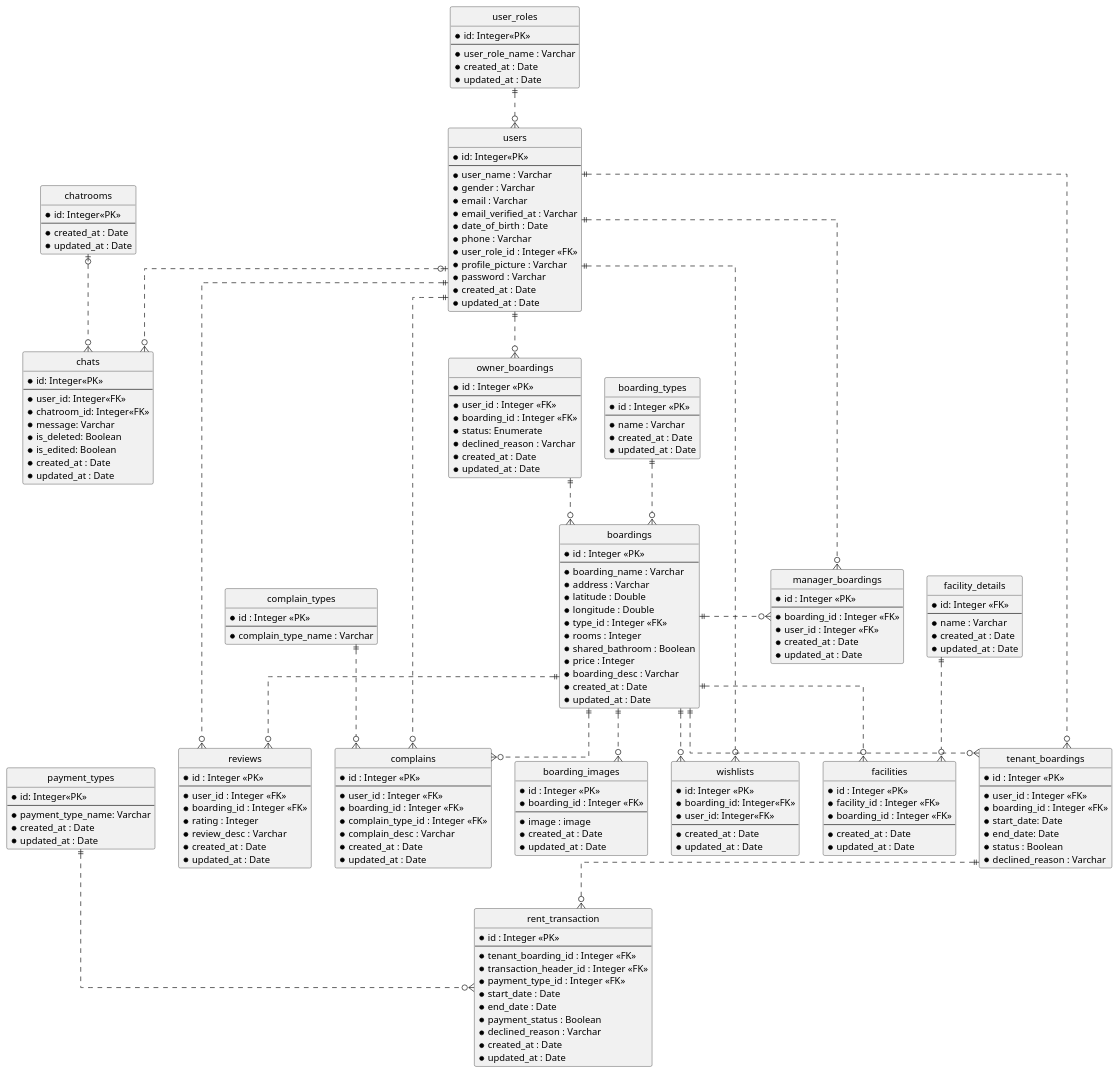
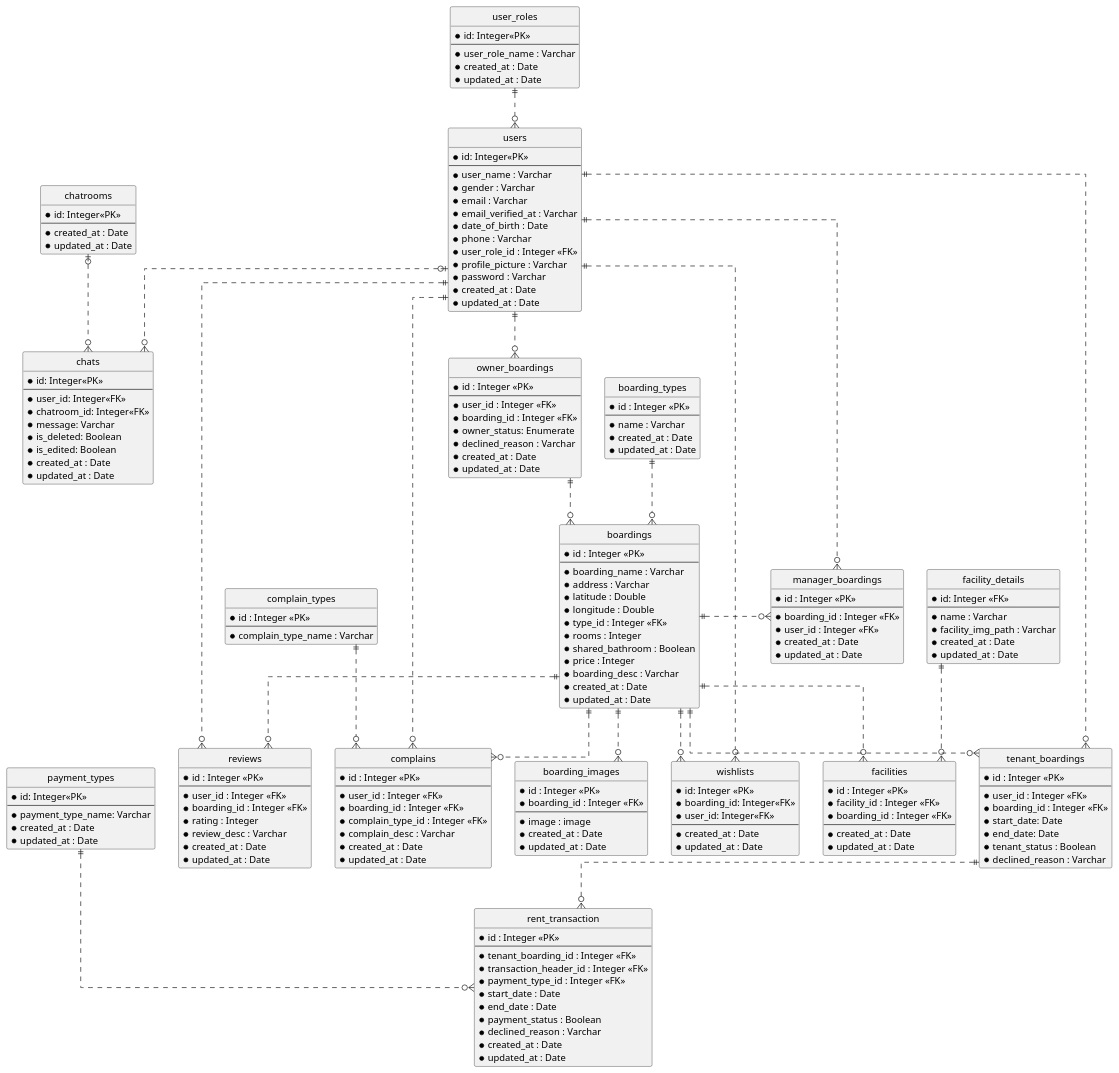
The diagram in Design/BHFMS_ERD.puml (AntWort21/BHFMS), drawn with PlantUML before and after one commit. The commit also changed 12 other files, not shown here.

```diff
--- a/Design/BHFMS_ERD.puml
+++ b/Design/BHFMS_ERD.puml
@@ -60,7 +60,7 @@
   *boarding_id : Integer <<FK>>
   *start_date: Date
   *end_date: Date
-  *status : Boolean
+  *tenant_status : Boolean
   *declined_reason : Varchar
 }
 
@@ -68,6 +68,7 @@
   *id: Integer <<FK>>
   --
   *name : Varchar
+  *facility_img_path : Varchar
   *created_at : Date
   *updated_at : Date
 }
@@ -105,21 +106,13 @@
   *updated_at : Date
 }
 
-' entity "boarding_status" as bhst{
-'     *id : Integer <<PK>>
-'     --
-'     *name : Varchar
-'     *created_at : Date
-'     *updated_at : Date
-' }
-
 
 entity "owner_boardings" as lobh {
   *id : Integer <<PK>>
   --
   *user_id : Integer <<FK>>
   *boarding_id : Integer <<FK>>
-  *status: Enumerate
+  *owner_status: Enumerate
   *declined_reason : Varchar
   *created_at : Date
   *updated_at : Date
```
